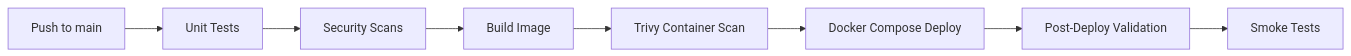
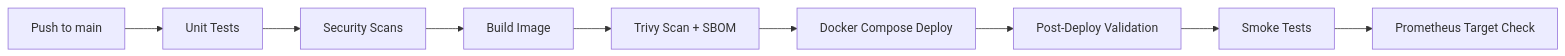
One commit to levanilekvinadze24/DevOps-Final changed the second of 2 diagrams in README.md. Above: the diagram before and after it, drawn with Mermaid. The commit also changed other lines of this file and 2 other files, not shown here.

````diff
--- a/README.md
+++ b/README.md
@@ -128,10 +168,11 @@
 ```mermaid
 flowchart LR
     A[Push to main] --> B[Unit Tests]
     B --> C[Security Scans]
     C --> D[Build Image]
-    D --> E[Trivy Container Scan]
+    D --> E[Trivy Scan + SBOM]
     E --> F[Docker Compose Deploy]
     F --> G[Post-Deploy Validation]
     G --> H[Smoke Tests]
+    H --> I[Prometheus Target Check]
 ```
````
